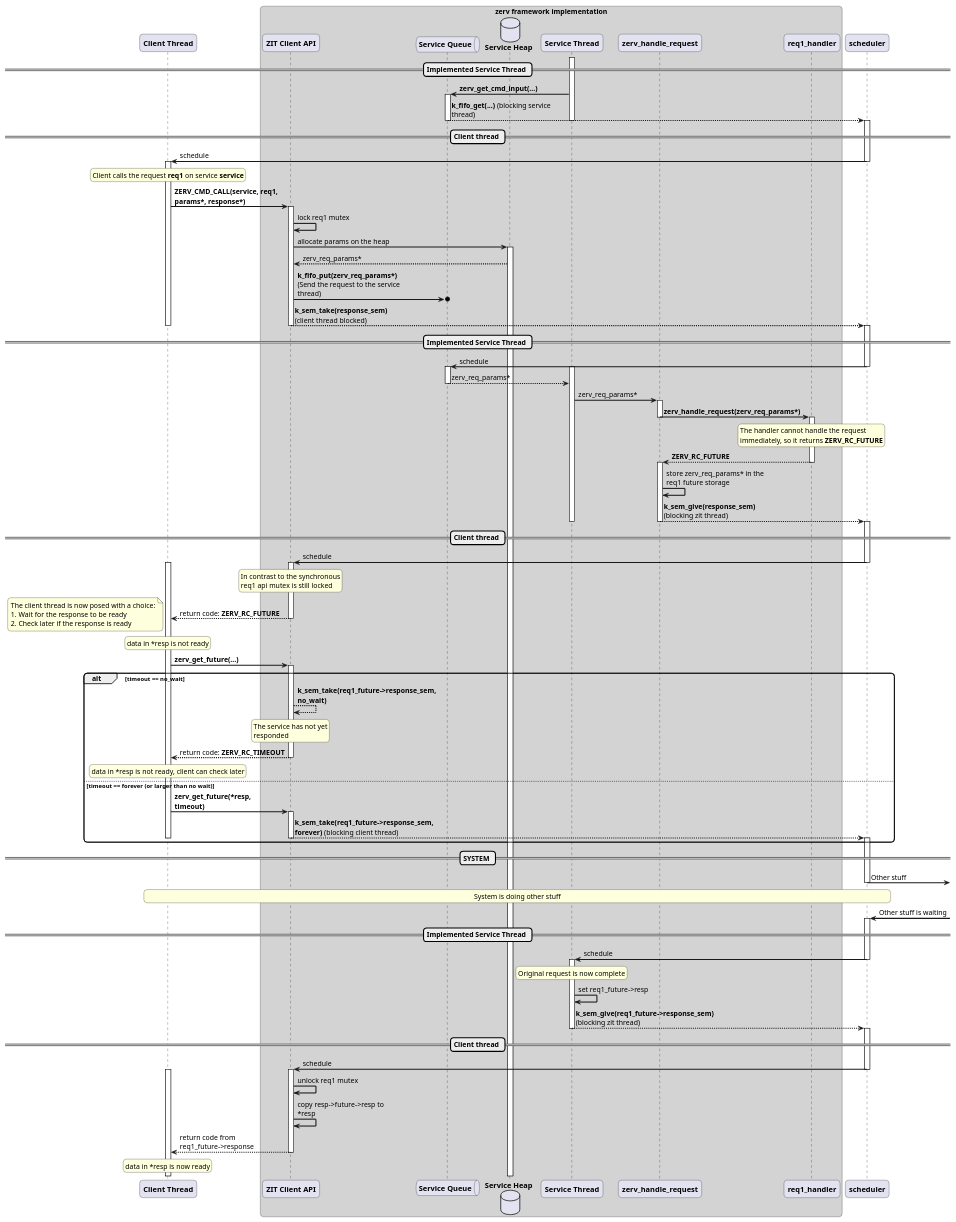
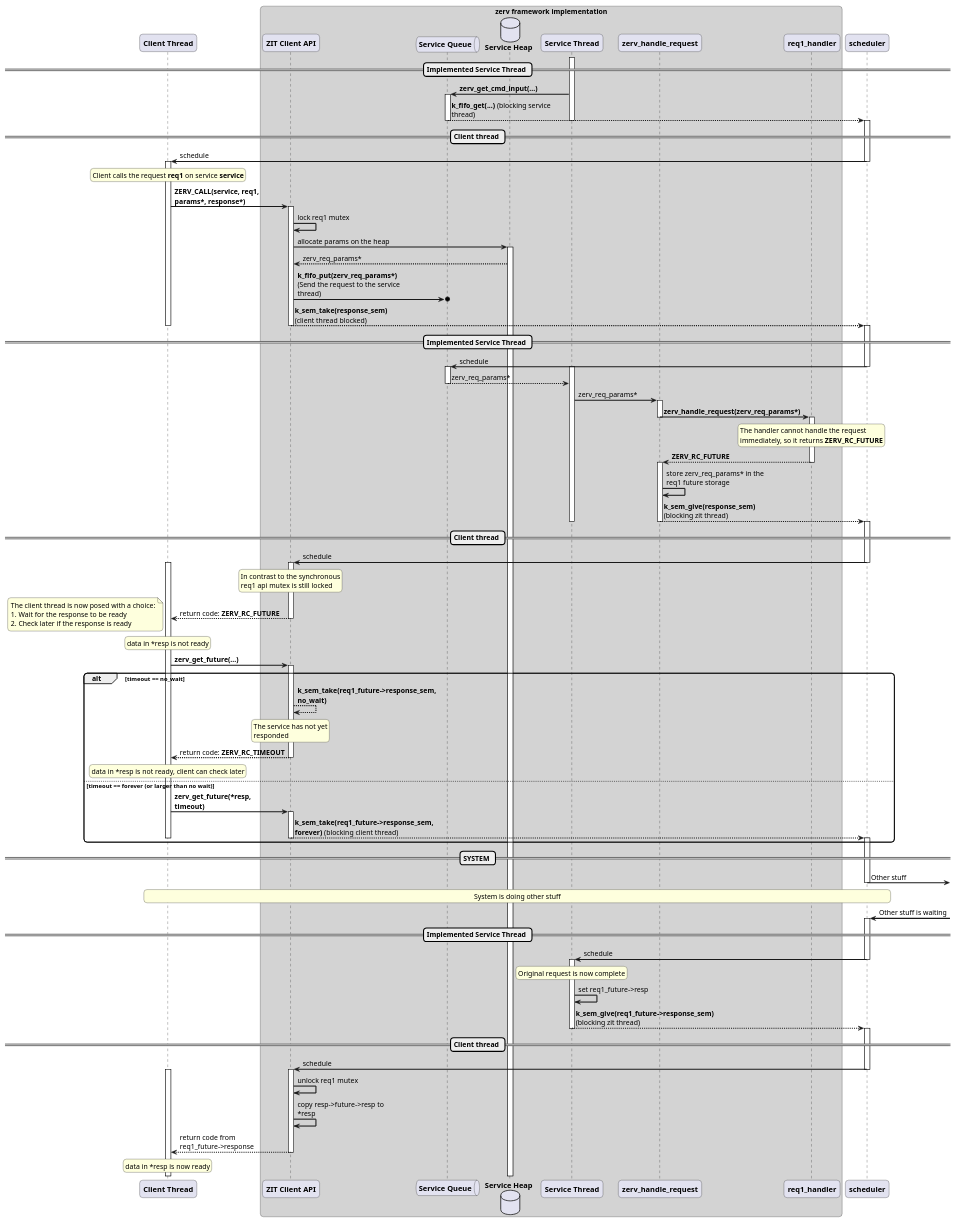
Before and after one commit to Systemfabriken/zerv: the diagram in subsys/zerv/doc/zerv_future_response_handling.puml, drawn with PlantUML. The commit also changed 8 other files, not shown here.

Commit message:
Finishing moving Zerv CMD pattern to own file

```diff
--- a/subsys/zerv/doc/zerv_future_response_handling.puml
+++ b/subsys/zerv/doc/zerv_future_response_handling.puml
@@ -1,101 +1,101 @@
 @startuml zerv_asynchronous_request_handling_with_futures
 skinparam {
     sequenceArrowThickness 2
     roundcorner 12
     maxmessagesize 200
 }
 
 participant "**Client Thread**" as client
 
 box "zerv framework implementation" #LightGray
     participant "**ZIT Client API**" as zerv_api
     queue "**Service Queue**" as zerv_queue
     database "**Service Heap**" as zerv_heap
     participant "**Service Thread**" as zerv_thread
     participant "**zerv_handle_request**" as zerv_req_handler
     participant "**req1_handler**" as req1_handler
 end box
 
 participant "**scheduler**" as sched
 
 == Implemented Service Thread ==
 
     ' Initialisation
     activate zerv_thread
     zerv_thread -> zerv_queue ++: **zerv_get_cmd_input(...)**
     zerv_queue --> sched --++: **k_fifo_get(...)** (blocking service thread)
     deactivate zerv_thread
 
 == Client thread ==
 
     sched -> client --++: schedule
 
     ' Client request call
     rnote over client: Client calls the request **req1** on service **service**
-    client -> zerv_api ++: **ZERV_CMD_CALL(service, req1, params*, response*)** 
+    client -> zerv_api ++: **ZERV_CALL(service, req1, params*, response*)** 
     zerv_api -> zerv_api: lock req1 mutex
     zerv_api -> zerv_heap ++: allocate params on the heap
     zerv_heap --> zerv_api: zerv_req_params*
     zerv_api ->o zerv_queue: **k_fifo_put(zerv_req_params*)** (Send the request to the service thread)
     zerv_api --> sched --++: **k_sem_take(response_sem)** (client thread blocked)
     deactivate client
 
 == Implemented Service Thread ==
 
     ' zerv request handling
     sched -> zerv_queue --++: schedule
     activate zerv_thread
     zerv_queue --> zerv_thread --: zerv_req_params*
     zerv_thread -> zerv_req_handler ++: zerv_req_params*
     zerv_req_handler -> req1_handler --++: **zerv_handle_request(zerv_req_params*)**
     rnote over req1_handler: The handler cannot handle the request\nimmediately, so it returns **ZERV_RC_FUTURE**
     req1_handler --> zerv_req_handler --++: **ZERV_RC_FUTURE**
     zerv_req_handler -> zerv_req_handler: store zerv_req_params* in the req1 future storage
     zerv_req_handler --> sched --++: **k_sem_give(response_sem)** (blocking zit thread)
     deactivate zerv_thread
 
 == Client thread ==
 
 ' Client response handling
     sched -> zerv_api --++: schedule
     activate client
     rnote over zerv_api: In contrast to the synchronous\nreq1 api mutex is still locked
     zerv_api --> client --: return code: **ZERV_RC_FUTURE**
     rnote over client: data in *resp is not ready
 
     note left: The client thread is now posed with a choice:\n1. Wait for the response to be ready\n2. Check later if the response is ready
 
     ' Client can now choose to wait or check later. We show the wait case here.
     client -> zerv_api ++: **zerv_get_future(...)**
     alt timeout == no_wait
         zerv_api --> zerv_api: **k_sem_take(req1_future->response_sem, no_wait)**
         rnote over zerv_api: The service has not yet\nresponded
         zerv_api --> client --: return code: **ZERV_RC_TIMEOUT** 
         rnote over client: data in *resp is not ready, client can check later
     else timeout == forever (or larger than no wait)
         client -> zerv_api ++: **zerv_get_future(*resp, timeout)**
         zerv_api --> sched--++: **k_sem_take(req1_future->response_sem, forever)** (blocking client thread)
         deactivate client
     end alt
 
 
 == SYSTEM ==
     sched ->] --: Other stuff
     rnote over client, sched: System is doing other stuff
     sched <-] ++: Other stuff is waiting   
 
 == Implemented Service Thread ==
     sched -> zerv_thread --++: schedule
     rnote over zerv_thread: Original request is now complete
     zerv_thread -> zerv_thread: set req1_future->resp 
     zerv_thread --> sched --++: **k_sem_give(req1_future->response_sem)** (blocking zit thread)
 
 == Client thread ==
     sched -> zerv_api --++: schedule
     activate client
     zerv_api -> zerv_api: unlock req1 mutex
     zerv_api -> zerv_api: copy resp->future->resp to *resp
     zerv_api --> client --: return code from req1_future->response
     rnote over client: data in *resp is now ready
     
 @enduml
```
